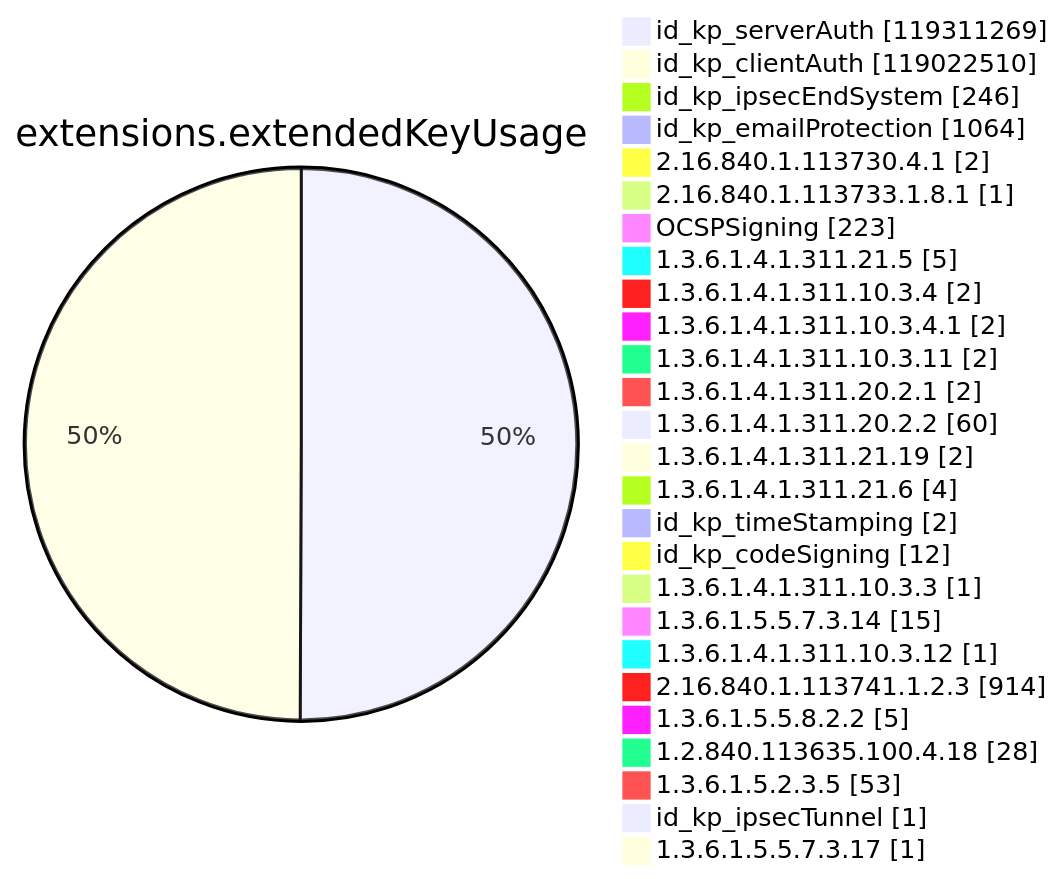
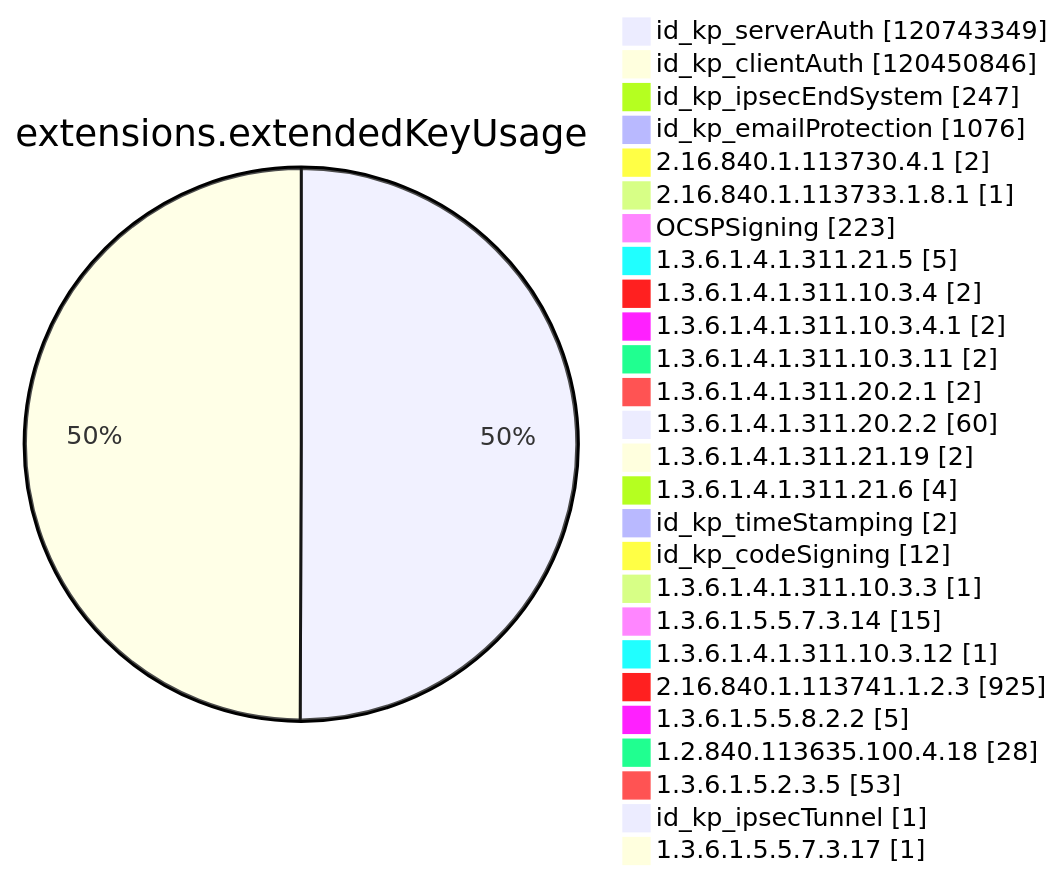
Diagram 11 of 15 in xenon2023/README.md (christiankrug/ctmonitor_visualization), drawn with Mermaid before and after one commit. The commit also changed other lines of this file, not shown here.

````diff
--- a/xenon2023/README.md
+++ b/xenon2023/README.md
@@ -2677,30 +2681,30 @@
 ```mermaid
 pie showData
 title extensions.extendedKeyUsage
-"id_kp_serverAuth" :119311269
-"id_kp_clientAuth" :119022510
-"id_kp_ipsecEndSystem" :246
-"id_kp_emailProtection" :1064
+"id_kp_serverAuth" :120743349
+"id_kp_clientAuth" :120450846
+"id_kp_ipsecEndSystem" :247
+"id_kp_emailProtection" :1076
 "2.16.840.1.113730.4.1" :2
 "2.16.840.1.113733.1.8.1" :1
 "OCSPSigning" :223
 "1.3.6.1.4.1.311.21.5" :5
 "1.3.6.1.4.1.311.10.3.4" :2
 "1.3.6.1.4.1.311.10.3.4.1" :2
 "1.3.6.1.4.1.311.10.3.11" :2
 "1.3.6.1.4.1.311.20.2.1" :2
 "1.3.6.1.4.1.311.20.2.2" :60
 "1.3.6.1.4.1.311.21.19" :2
 "1.3.6.1.4.1.311.21.6" :4
 "id_kp_timeStamping" :2
 "id_kp_codeSigning" :12
 "1.3.6.1.4.1.311.10.3.3" :1
 "1.3.6.1.5.5.7.3.14" :15
 "1.3.6.1.4.1.311.10.3.12" :1
-"2.16.840.1.113741.1.2.3" :914
+"2.16.840.1.113741.1.2.3" :925
 "1.3.6.1.5.5.8.2.2" :5
 "1.2.840.113635.100.4.18" :28
 "1.3.6.1.5.2.3.5" :53
 "id_kp_ipsecTunnel" :1
 "1.3.6.1.5.5.7.3.17" :1
 ```
````
